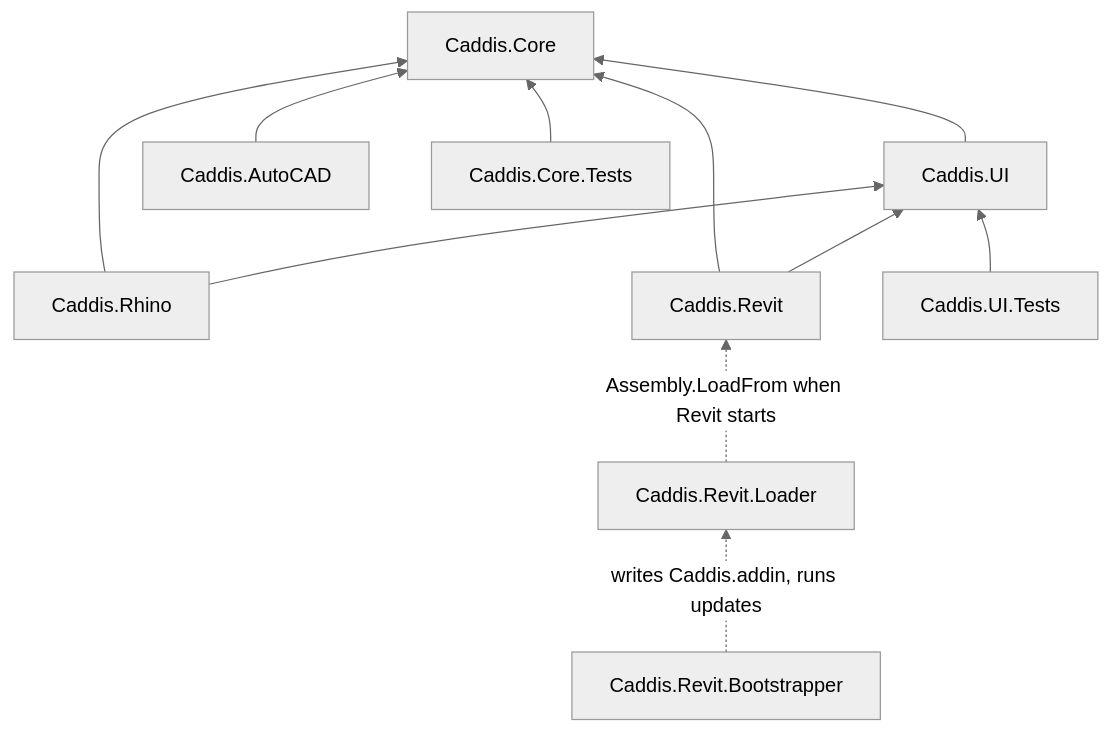
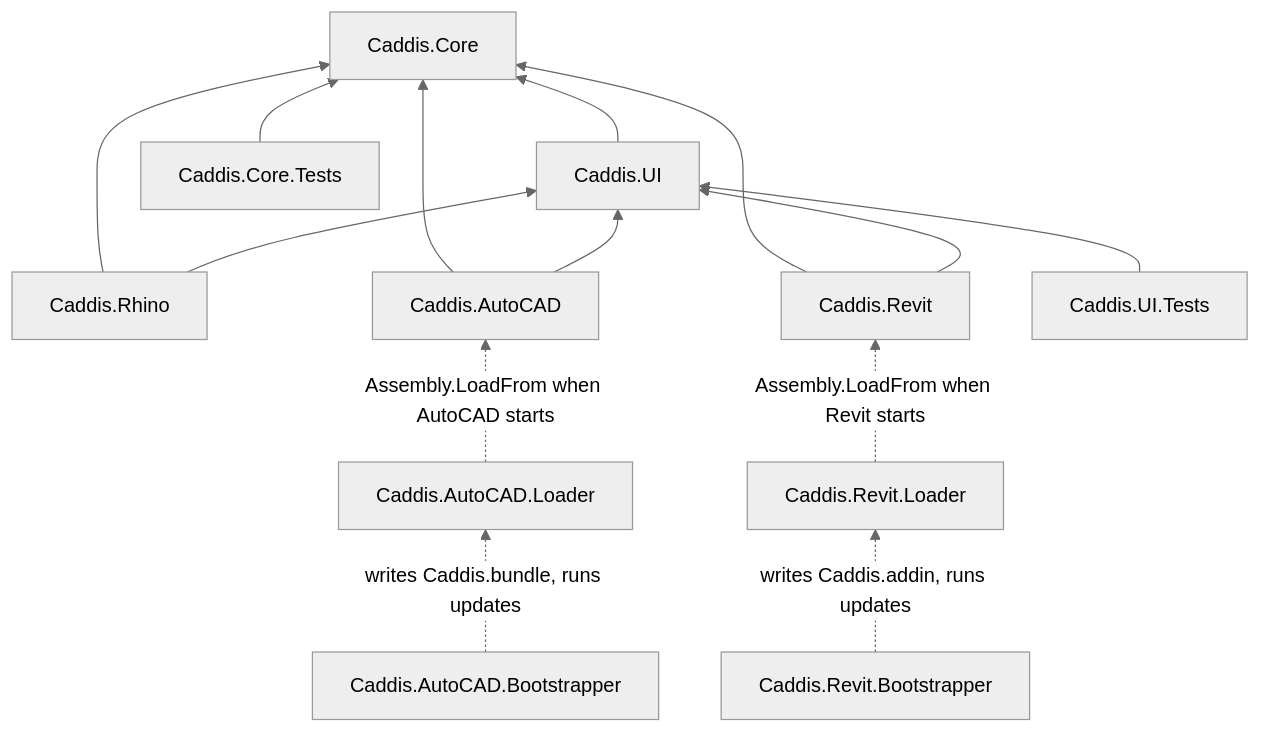
The second of 3 diagrams in Architecture.md (goswinr/Caddis), drawn with Mermaid (neutral theme) before and after one commit. The commit also changed other lines of this file and 38 other files, not shown here.

First line of the commit message:
Show the panel and a ribbon tab in AutoCAD, and install Caddis for AutoCAD with its own installer

````diff
--- a/Architecture.md
+++ b/Architecture.md
@@ -157,14 +161,17 @@
 ```mermaid
 flowchart BT
     Core["Caddis.Core"]
     UI["Caddis.UI"] --> Core
     Rhino["Caddis.Rhino"] --> UI
     Rhino --> Core
     Revit["Caddis.Revit"] --> UI
     Revit --> Core
     Loader["Caddis.Revit.Loader"] -. "Assembly.LoadFrom when Revit starts" .-> Revit
     Boot["Caddis.Revit.Bootstrapper"] -. "writes Caddis.addin, runs updates" .-> Loader
-    AutoCAD["Caddis.AutoCAD"] --> Core
+    AutoCAD["Caddis.AutoCAD"] --> UI
+    AutoCAD --> Core
+    ALoader["Caddis.AutoCAD.Loader"] -. "Assembly.LoadFrom when AutoCAD starts" .-> AutoCAD
+    ABoot["Caddis.AutoCAD.Bootstrapper"] -. "writes Caddis.bundle, runs updates" .-> ALoader
     CoreTests["Caddis.Core.Tests"] --> Core
     UITests["Caddis.UI.Tests"] --> UI
 ```
````
